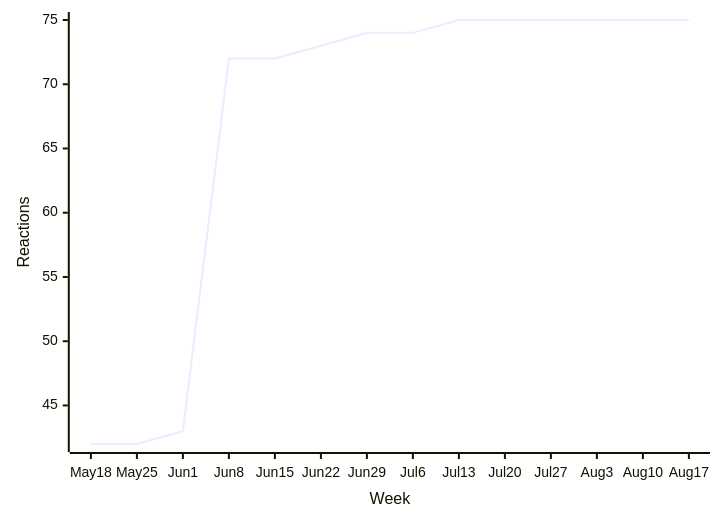
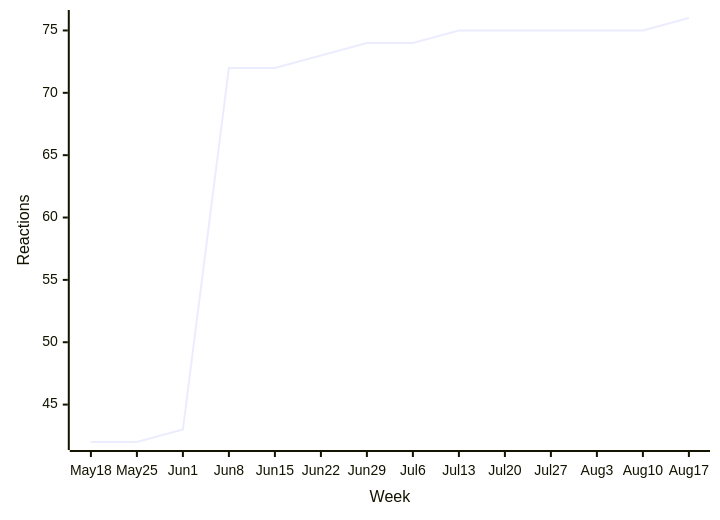
Before and after one commit to loic-sharma/github-insights: the fourth of 43 diagrams in README.md, drawn with Mermaid. The commit also changed other lines of this file and 1 other file, not shown here.

````diff
--- a/README.md
+++ b/README.md
@@ -375,6 +375,6 @@
   ```mermaid
   xychart-beta
     x-axis "Week" [May 18, May 25, Jun 1, Jun 8, Jun 15, Jun 22, Jun 29, Jul 6, Jul 13, Jul 20, Jul 27, Aug 3, Aug 10, Aug 17]
     y-axis "Reactions"
-    line [42, 42, 43, 72, 72, 73, 74, 74, 75, 75, 75, 75, 75, 75]
+    line [42, 42, 43, 72, 72, 73, 74, 74, 75, 75, 75, 75, 75, 76]
   ```
````
